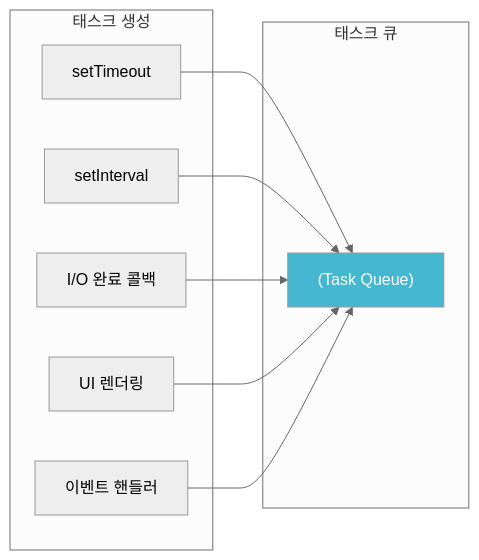
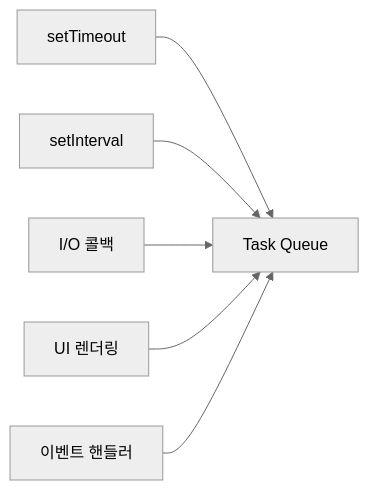
The fifth of 13 diagrams in _posts/frontend/2026-05-02-js-event-loop.md (yjkim2015/yjkim2015.github.io), drawn with Mermaid (neutral theme) before and after one commit. The commit also changed other lines of this file and 215 other files, not shown here.

First line of the commit message:
신규 포스트 10개 추가 + Mermaid 전면 축소 + SystemDesign 시리즈 보강

````diff
--- a/_posts/frontend/2026-05-02-js-event-loop.md
+++ b/_posts/frontend/2026-05-02-js-event-loop.md
@@ -192,22 +137,8 @@
 ```mermaid
 graph LR
-    subgraph "태스크 생성"
-        ST[setTimeout]
-        SI[setInterval]
-        IO["I/O 완료 콜백"]
-        UI["UI 렌더링"]
-        EV["이벤트 핸들러"]
-    end
-
-    subgraph "태스크 큐"
-        TQ["(Task Queue)"]
-    end
-
-    ST --> TQ
-    SI --> TQ
-    IO --> TQ
-    UI --> TQ
-    EV --> TQ
-
-    style TQ fill:#45b7d1,color:#fff
+    ST[setTimeout] --> TQ["Task Queue"]
+    SI[setInterval] --> TQ
+    IO["I/O 콜백"] --> TQ
+    UI["UI 렌더링"] --> TQ
+    EV["이벤트 핸들러"] --> TQ
 ```
````
